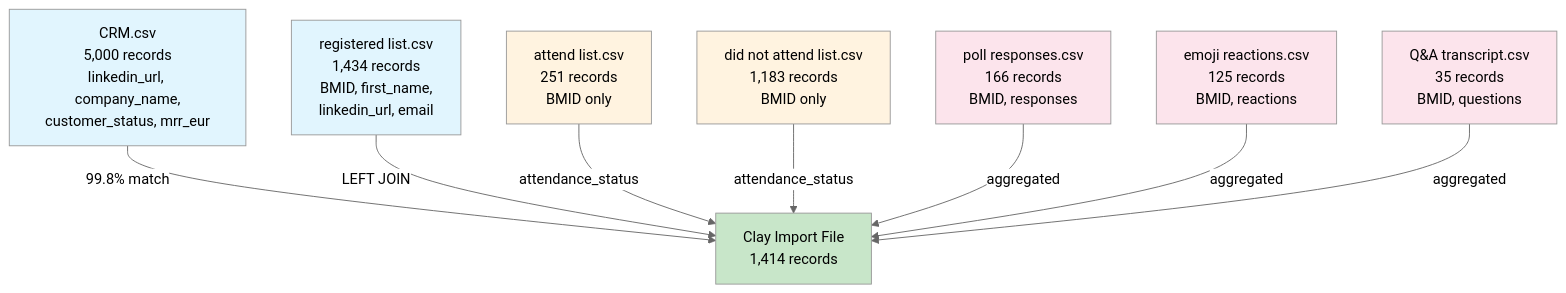
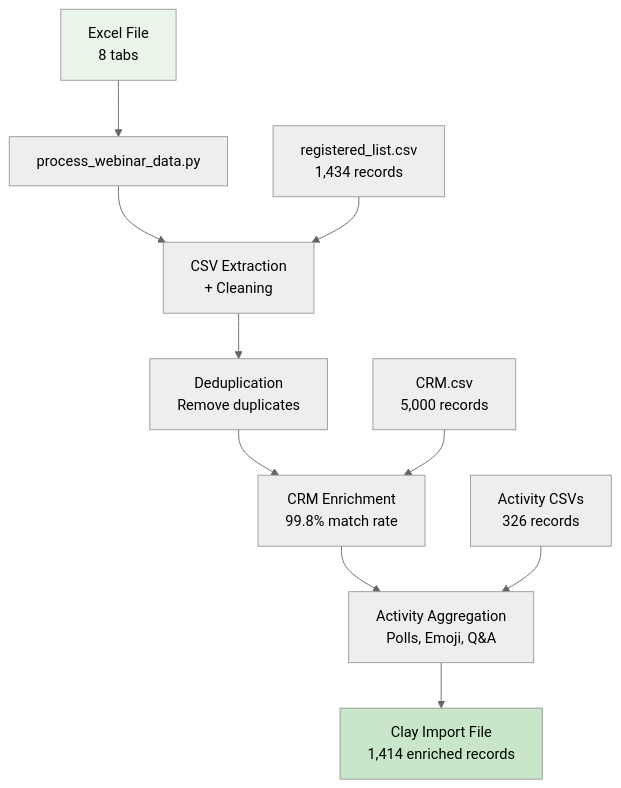
The second of 2 diagrams in README.md (frankterpo/clay_gtm), drawn with Mermaid (neutral theme) before and after one commit. The commit also changed other lines of this file, not shown here.

First line of the commit message:
Implement ChatGPT-recommended diagram improvements

````diff
--- a/README.md
+++ b/README.md
@@ -43,20 +118,16 @@
 ```mermaid
-graph TD
-    A[CRM.csv<br/>5,000 records<br/>linkedin_url, company_name,<br/>customer_status, mrr_eur] -->|99.8% match| C[Clay Import File<br/>1,414 records]
-    B[registered list.csv<br/>1,434 records<br/>BMID, first_name,<br/>linkedin_url, email] -->|LEFT JOIN| C
-    D[attend list.csv<br/>251 records<br/>BMID only] -->|attendance_status| C
-    E[did not attend list.csv<br/>1,183 records<br/>BMID only] -->|attendance_status| C
+flowchart TD
+    A[Excel File<br/>8 tabs] --> B[process_webinar_data.py]
+    B --> C[CSV Extraction<br/>+ Cleaning]
+    C --> D[Deduplication<br/>Remove duplicates]
+    D --> E[CRM Enrichment<br/>99.8% match rate]
+    E --> F[Activity Aggregation<br/>Polls, Emoji, Q&A]
+    F --> G[Clay Import File<br/>1,414 enriched records]
 
-    F[poll responses.csv<br/>166 records<br/>BMID, responses] -->|aggregated| C
-    G[emoji reactions.csv<br/>125 records<br/>BMID, reactions] -->|aggregated| C
-    H[Q&A transcript.csv<br/>35 records<br/>BMID, questions] -->|aggregated| C
+    H[registered_list.csv<br/>1,434 records] --> C
+    I[CRM.csv<br/>5,000 records] --> E
+    J[Activity CSVs<br/>326 records] --> F
 
-    style A fill:#e1f5fe
-    style B fill:#e1f5fe
-    style C fill:#c8e6c9
-    style D fill:#fff3e0
-    style E fill:#fff3e0
-    style F fill:#fce4ec
-    style G fill:#fce4ec
-    style H fill:#fce4ec
+    style A fill:#e8f5e8
+    style G fill:#c8e6c9
 ```
````
